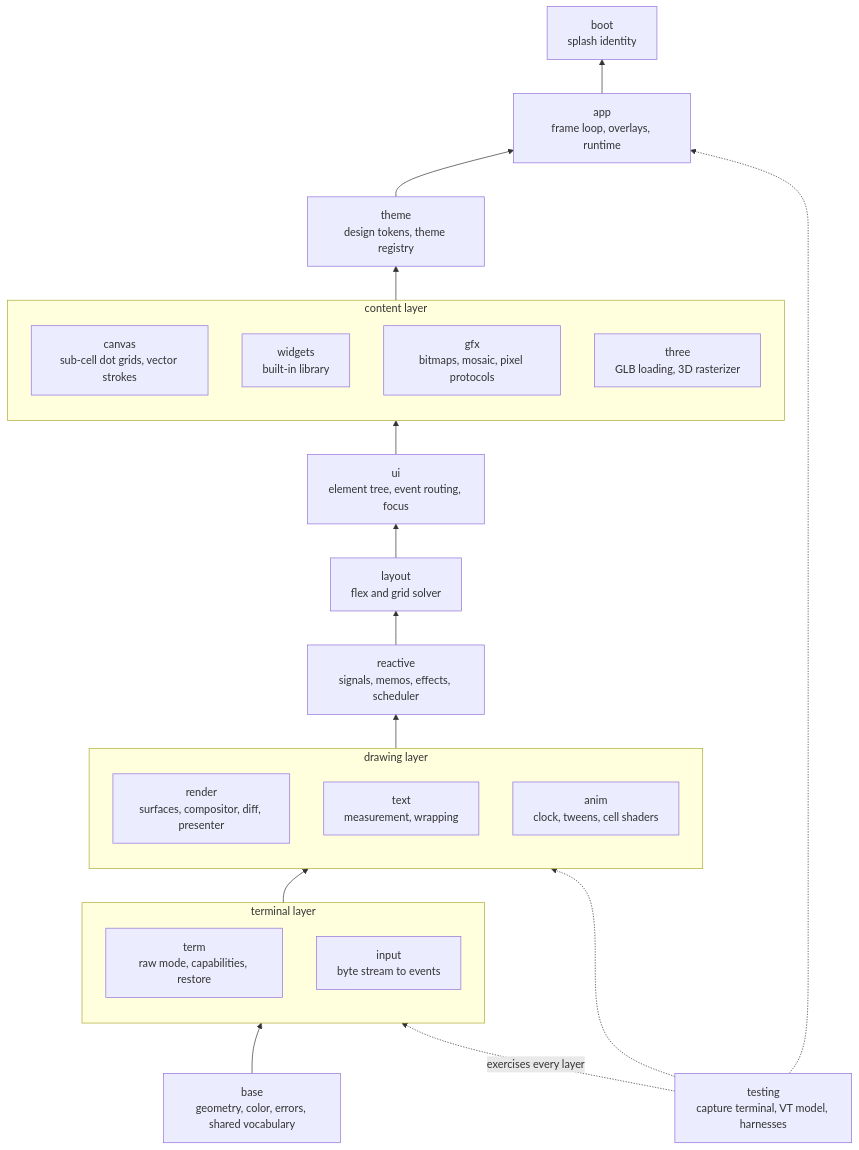
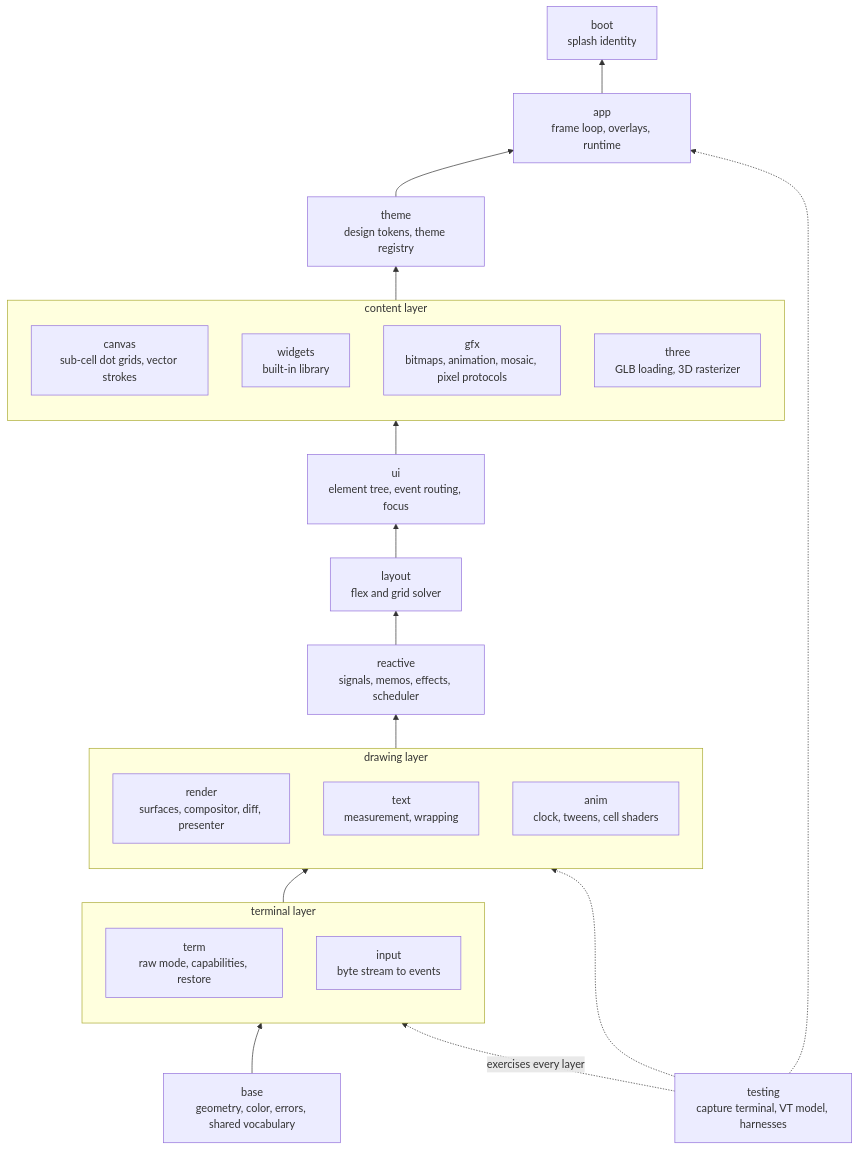
The first of 2 diagrams in docs/architecture.md (lpalbou/AbstractTUI), drawn with Mermaid before and after one commit. The commit also changed 167 other files, not shown here.

Commit message:
Release 0.3.8: mermaid people actually write, rendered inside documents

````diff
--- a/docs/architecture.md
+++ b/docs/architecture.md
@@ -24,45 +24,45 @@
 ```mermaid
 graph BT
     base["base<br/>geometry, color, errors, shared vocabulary"]
 
     subgraph terminal["terminal layer"]
         term["term<br/>raw mode, capabilities, restore"]
         input["input<br/>byte stream to events"]
     end
 
     subgraph drawing["drawing layer"]
         render["render<br/>surfaces, compositor, diff, presenter"]
         text["text<br/>measurement, wrapping"]
         anim["anim<br/>clock, tweens, cell shaders"]
     end
 
     reactive["reactive<br/>signals, memos, effects, scheduler"]
     layout["layout<br/>flex and grid solver"]
     ui["ui<br/>element tree, event routing, focus"]
 
     subgraph content["content layer"]
         canvas["canvas<br/>sub-cell dot grids, vector strokes"]
         widgets["widgets<br/>built-in library"]
-        gfx["gfx<br/>bitmaps, mosaic, pixel protocols"]
+        gfx["gfx<br/>bitmaps, animation, mosaic, pixel protocols"]
         three["three<br/>GLB loading, 3D rasterizer"]
     end
 
     theme["theme<br/>design tokens, theme registry"]
     app["app<br/>frame loop, overlays, runtime"]
     boot["boot<br/>splash identity"]
 
     testing["testing<br/>capture terminal, VT model, harnesses"]
 
     base --> terminal
     terminal --> drawing
     drawing --> reactive
     reactive --> layout
     layout --> ui
     ui --> content
     content --> theme
     theme --> app
     app --> boot
     testing -. exercises every layer .-> terminal
     testing -.-> drawing
     testing -.-> app
 ```
````
